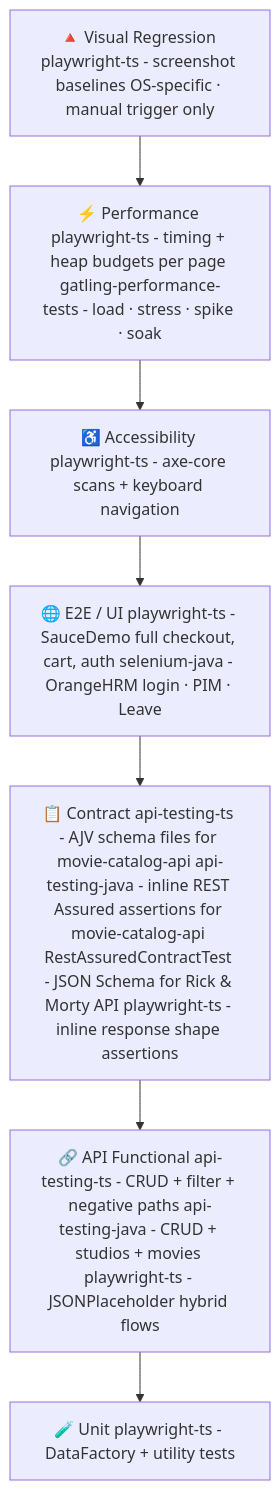
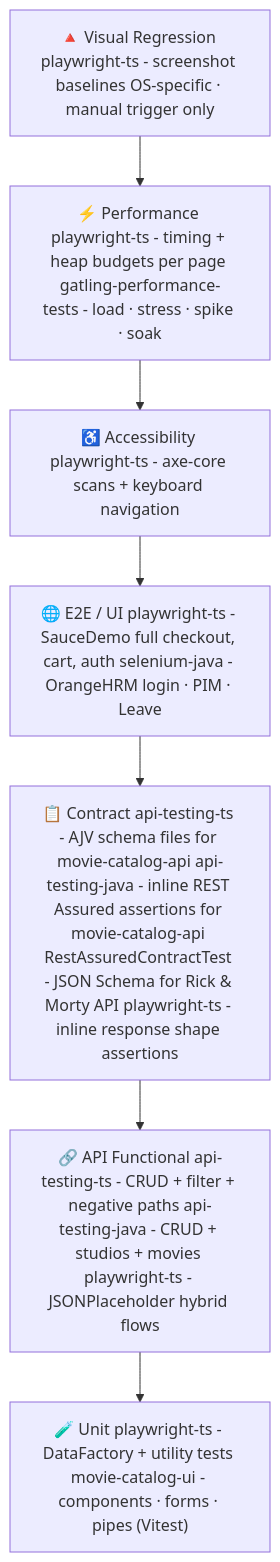
Before and after one commit to EnesAkyel/test-strategy: the second of 7 diagrams in architecture/system-architecture.md, drawn with Mermaid. The commit also changed other lines of this file and 7 other files, not shown here.

Commit message:
add movie-catalog-ui and update the other documents to reflect the latest

````diff
--- a/architecture/system-architecture.md
+++ b/architecture/system-architecture.md
@@ -41,12 +45,12 @@
 ```mermaid
 flowchart TD
     V["🔺 Visual Regression playwright-ts - screenshot baselines OS-specific · manual trigger only"]
     P["⚡ Performance playwright-ts - timing + heap budgets per page gatling-performance-tests - load · stress · spike · soak"]
     A["♿ Accessibility playwright-ts - axe-core scans + keyboard navigation"]
     E["🌐 E2E / UI playwright-ts - SauceDemo full checkout, cart, auth selenium-java - OrangeHRM login · PIM · Leave"]
     C["📋 Contract api-testing-ts - AJV schema files for movie-catalog-api api-testing-java - inline REST Assured assertions for movie-catalog-api RestAssuredContractTest - JSON Schema for Rick & Morty API playwright-ts - inline response shape assertions"]
     F["🔗 API Functional api-testing-ts - CRUD + filter + negative paths api-testing-java - CRUD + studios + movies playwright-ts - JSONPlaceholder hybrid flows"]
-    U["🧪 Unit playwright-ts - DataFactory + utility tests"]
+    U["🧪 Unit playwright-ts - DataFactory + utility tests movie-catalog-ui - components · forms · pipes (Vitest)"]
 
     V --> P --> A --> E --> C --> F --> U
 ```
````
